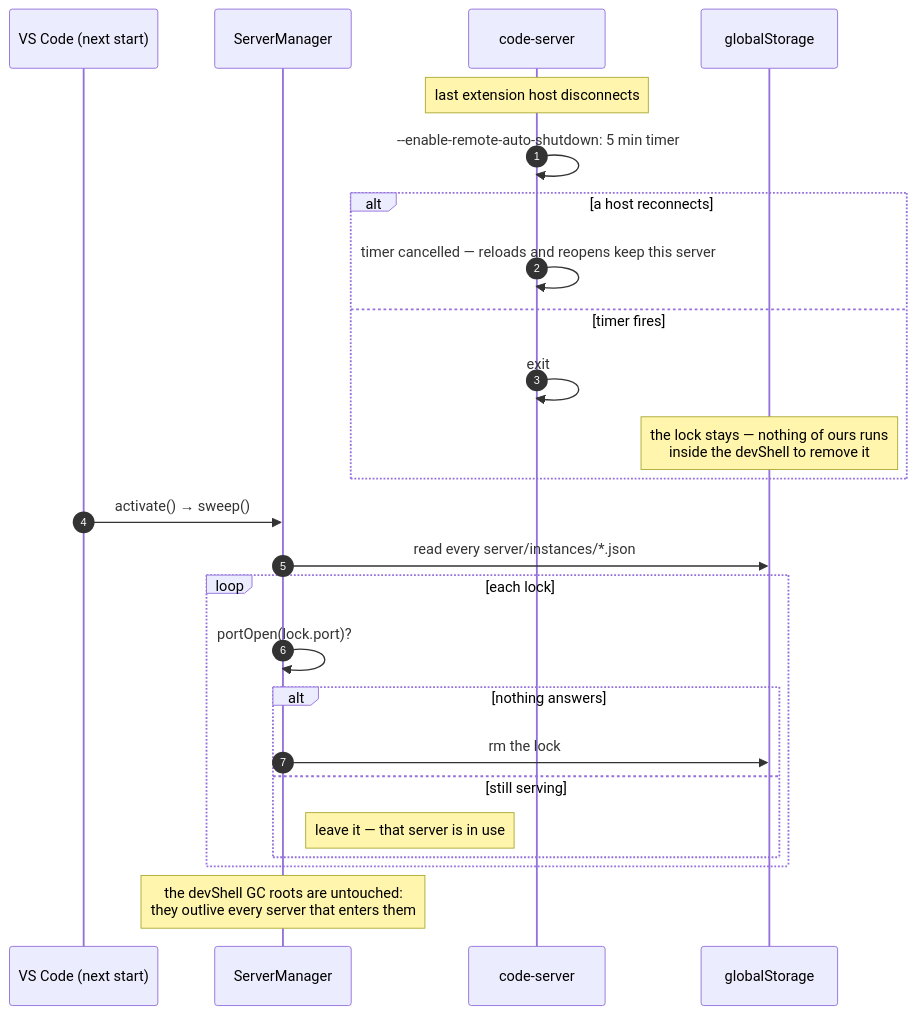
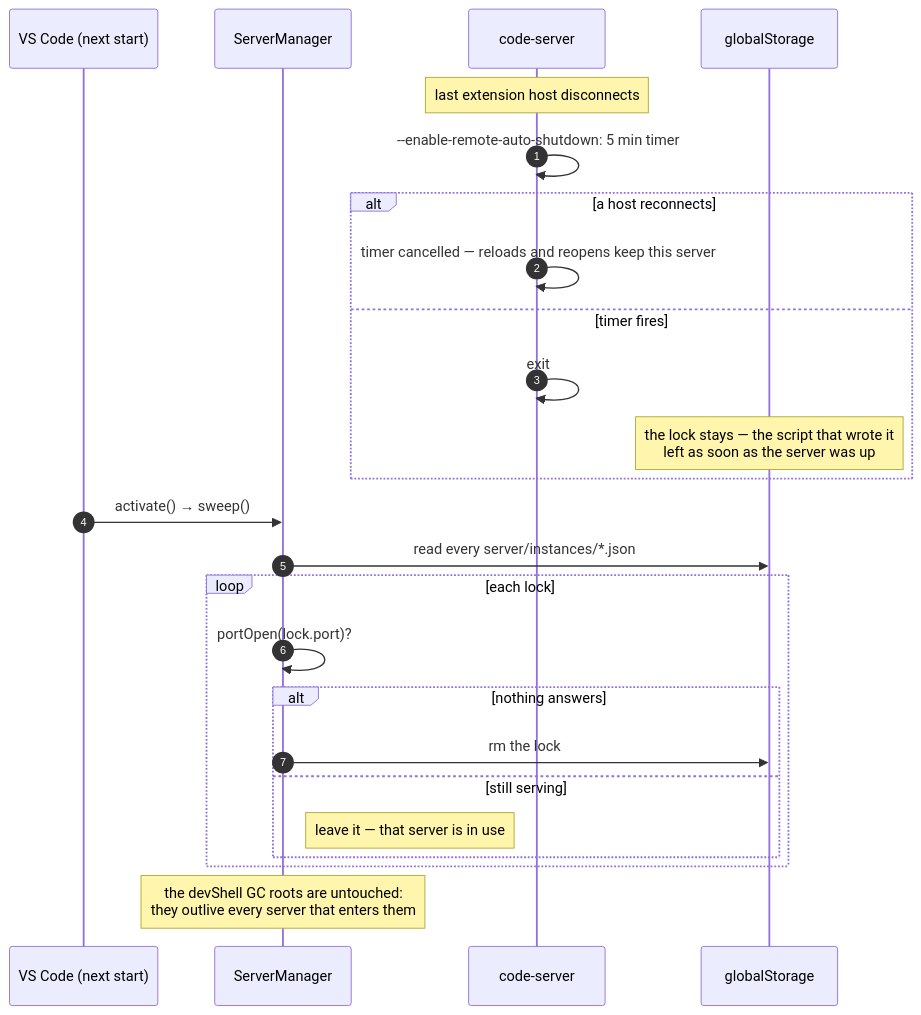
Before and after one commit to wiomoc/vscode-nix-develop: the fourth of 4 diagrams in architecture/startup-sequence.md, drawn with Mermaid. The commit also changed other lines of this file and 27 other files, not shown here.

````diff
--- a/architecture/startup-sequence.md
+++ b/architecture/startup-sequence.md
@@ -258,29 +260,29 @@
 ```mermaid
 sequenceDiagram
     autonumber
     participant Code as VS Code (next start)
     participant SM as ServerManager
     participant Server as code-server
     participant FS as globalStorage
 
     Note over Server: last extension host disconnects
     Server->>Server: --enable-remote-auto-shutdown: 5 min timer
     alt a host reconnects
         Server->>Server: timer cancelled — reloads and reopens keep this server
     else timer fires
         Server->>Server: exit
-        Note over FS: the lock stays — nothing of ours runs<br/>inside the devShell to remove it
+        Note over FS: the lock stays — the script that wrote it<br/>left as soon as the server was up
     end
 
     Code->>SM: activate() → sweep()
     SM->>FS: read every server/instances/*.json
     loop each lock
         SM->>SM: portOpen(lock.port)?
         alt nothing answers
             SM->>FS: rm the lock
         else still serving
             Note right of SM: leave it — that server is in use
         end
     end
     Note over SM: the devShell GC roots are untouched:<br/>they outlive every server that enters them
 ```
````
